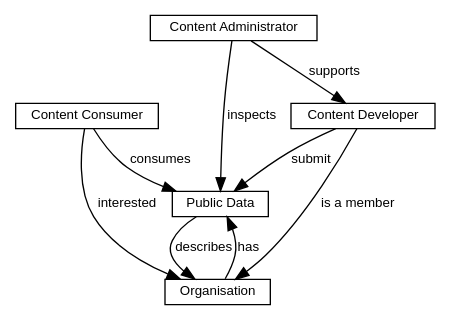
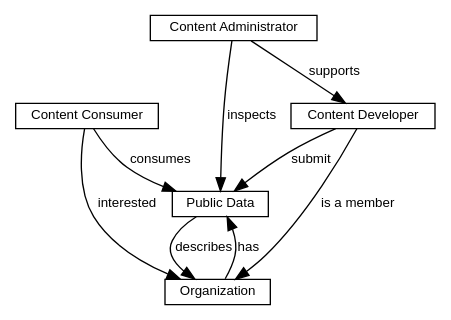
One commit to istlab/web changed the diagram in doc/paper/conc-model.dot. Above: the diagram before and after it, drawn with Graphviz. The commit also changed 3 other files, not shown here.

```diff
--- a/doc/paper/conc-model.dot
+++ b/doc/paper/conc-model.dot
@@ -1,23 +1,23 @@
 #!/usr/bin/dot
 # $Id$
 
 digraph G{
 	//nodesep=.1;
 	node [height=.15,shape=box,fontname="Helvetica",fontsize=10];
 	edge [arrowhead=normal,arrowtail=none,fontname="Helvetica",fontsize=10];
 	
 	content_provider [label="Content Developer"];
 	public_data [label="Public Data"];
 	system_administrator [label="Content Administrator"];
 	end_user [label="Content Consumer"];
-	organisation [label="Organisation"];
+	organisation [label="Organization"];
 	
 	content_provider->public_data [label="submit"];
 	system_administrator->content_provider [label="supports"];
 	content_provider->organisation [label="is a member"];
 	public_data->organisation [label="describes"];
 	end_user->organisation [label="interested"];
 	organisation->public_data [label="has"];
 	end_user->public_data [label="consumes"];
 	system_administrator->public_data [label="inspects"];
 }
```
